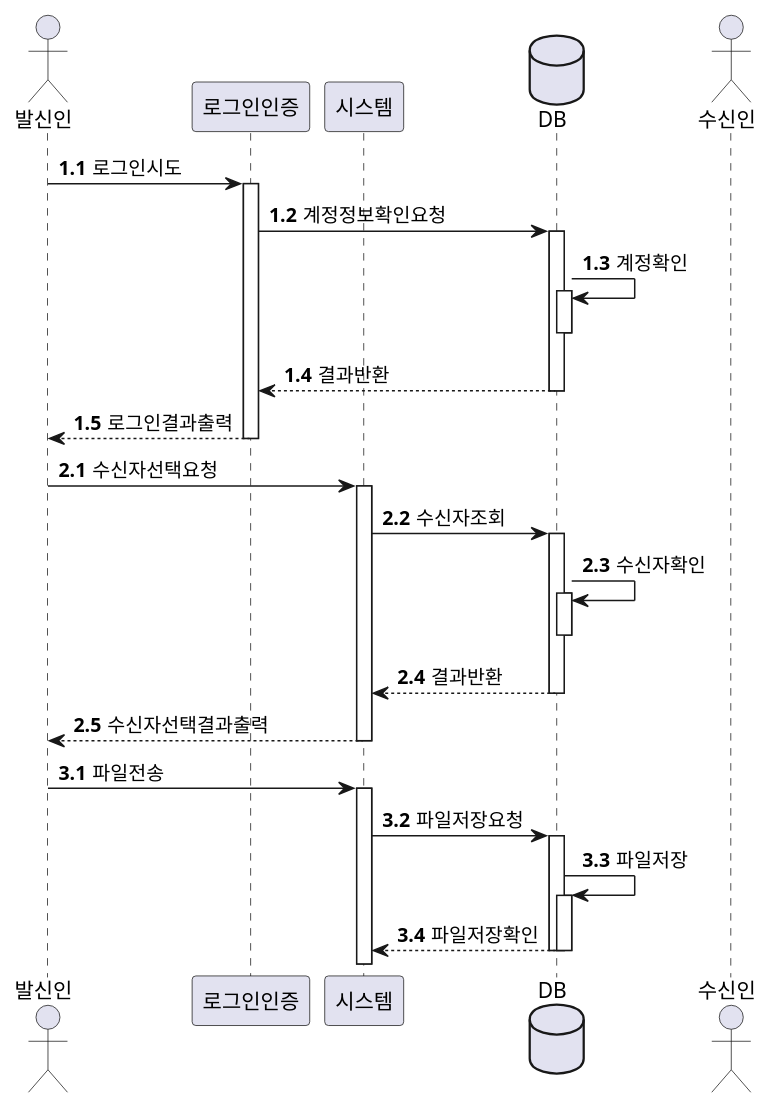
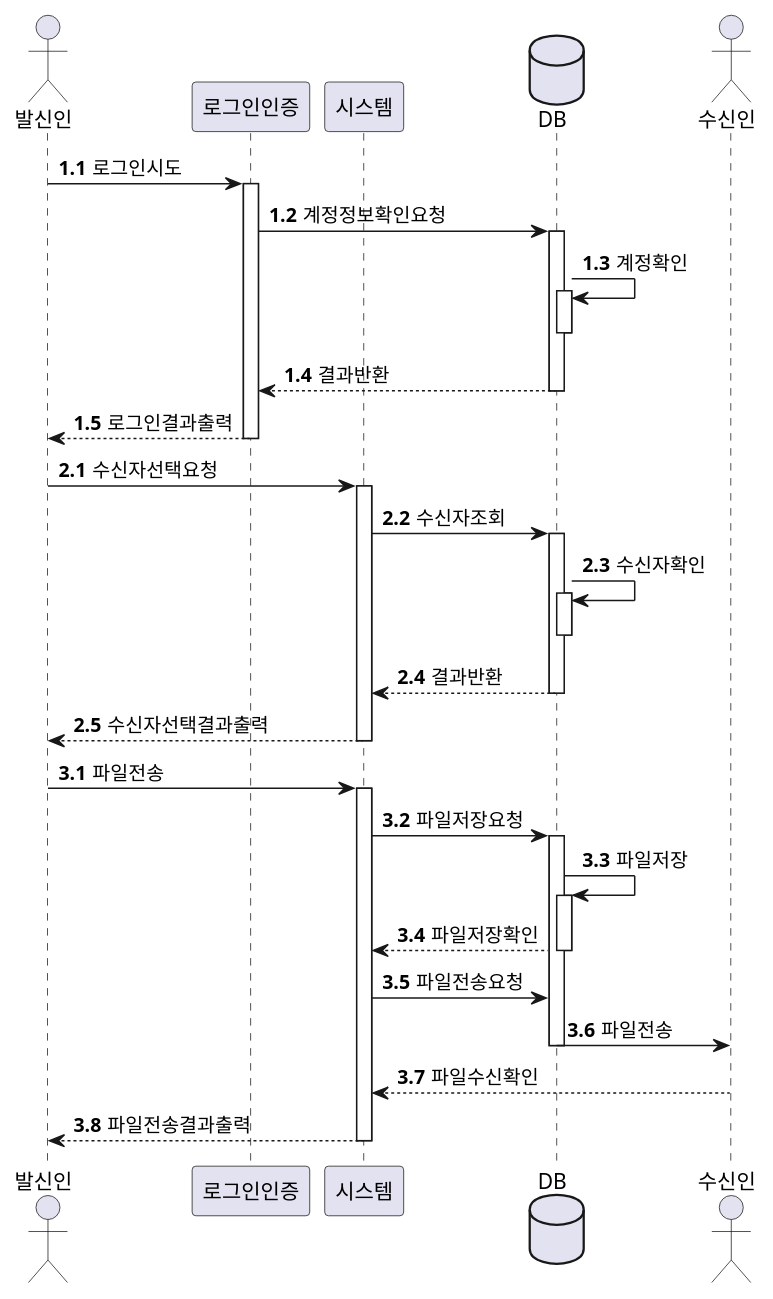
One commit to NANNADA4/SWEngineering_Project changed the diagram in SequenceDiagram/FIleTransfer.wsd. Above: the diagram before and after it, drawn with PlantUML.

```diff
--- a/SequenceDiagram/FIleTransfer.wsd
+++ b/SequenceDiagram/FIleTransfer.wsd
@@ -1,56 +1,65 @@
 @startuml FileTransfer
 actor 발신인
 participant 로그인인증
 participant 시스템
 database DB
 actor 수신인
 
 autonumber 1.1
 발신인 -> 로그인인증 : 로그인시도
 activate 로그인인증
 
 로그인인증 -> DB : 계정정보확인요청
 activate DB
 
 DB -> DB : 계정확인
 activate DB
 deactivate DB
 
 DB --> 로그인인증 : 결과반환
 deactivate DB
 
 로그인인증 --> 발신인 : 로그인결과출력
 deactivate 로그인인증
 
 autonumber 2.1
 발신인 -> 시스템 : 수신자선택요청
 activate 시스템
 
 시스템 -> DB : 수신자조회
 activate DB
 
 DB -> DB : 수신자확인
 activate DB
 deactivate DB
 
 DB --> 시스템 : 결과반환
 deactivate DB
 
 시스템 --> 발신인 : 수신자선택결과출력
 deactivate 시스템
 
 autonumber 3.1
 발신인 -> 시스템 : 파일전송
 activate 시스템
 
 시스템 -> DB : 파일저장요청
 activate DB
 
 DB -> DB : 파일저장
 activate DB
 
 DB --> 시스템 : 파일저장확인
 deactivate DB
+
+시스템 -> DB : 파일전송요청
+
+DB -> 수신인 : 파일전송
 deactivate DB
 
+수신인 --> 시스템 : 파일수신확인
+
+시스템 --> 발신인 : 파일전송결과출력
+deactivate 시스템
+
 @enduml
```
